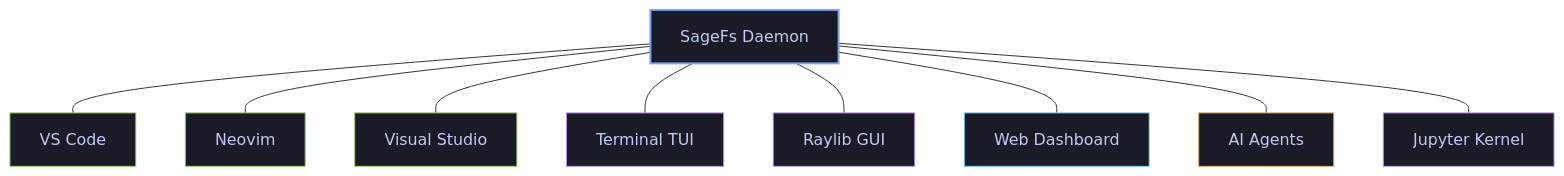
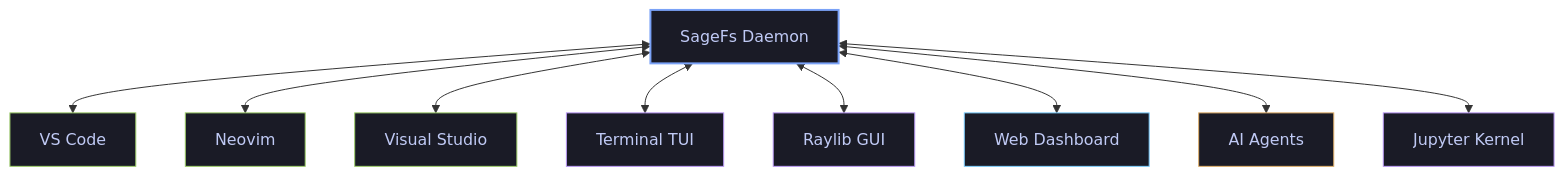
One commit to WillEhrendreich/SageFs changed the first of 2 diagrams in Readme.md. Above: the diagram before and after it, drawn with Mermaid. The commit also changed other lines of this file and 4 other files, not shown here.

````diff
--- a/Readme.md
+++ b/Readme.md
@@ -68,23 +68,23 @@
 ```mermaid
-graph TB
+flowchart TB
     D[SageFs Daemon]
 
-    D --- VS[VS Code]
-    D --- NV[Neovim]
-    D --- VI[Visual Studio]
-    D --- TU[Terminal TUI]
-    D --- GU[Raylib GUI]
-    D --- WB[Web Dashboard]
-    D --- AI[AI Agents]
-    D --- JP[Jupyter Kernel]
+    D <--> VS[VS Code]
+    D <--> NV[Neovim]
+    D <--> VI[Visual Studio]
+    D <--> TU[Terminal TUI]
+    D <--> GU[Raylib GUI]
+    D <--> WB[Web Dashboard]
+    D <--> AI[AI Agents]
+    D <--> JP[Jupyter Kernel]
 
     style D fill:#1a1b26,stroke:#7aa2f7,stroke-width:2px,color:#c0caf5
     style VS fill:#1a1b26,stroke:#9ece6a,color:#c0caf5
     style NV fill:#1a1b26,stroke:#9ece6a,color:#c0caf5
     style VI fill:#1a1b26,stroke:#9ece6a,color:#c0caf5
     style TU fill:#1a1b26,stroke:#bb9af7,color:#c0caf5
     style GU fill:#1a1b26,stroke:#bb9af7,color:#c0caf5
     style WB fill:#1a1b26,stroke:#7dcfff,color:#c0caf5
     style AI fill:#1a1b26,stroke:#e0af68,color:#c0caf5
     style JP fill:#1a1b26,stroke:#bb9af7,color:#c0caf5
 ```
````
